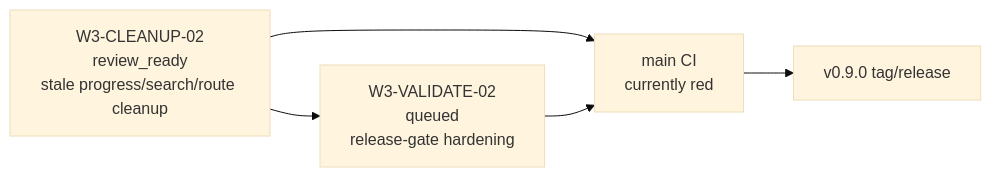
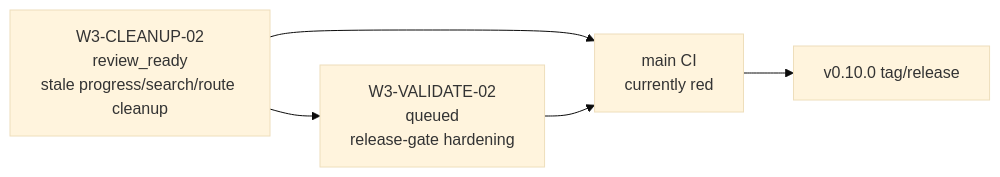
Before and after one commit to mendeleden/jin: the diagram in docs/tmp-diagram/current-program-state.mmd, drawn with Mermaid (base theme). The commit also changed 2 other files, not shown here.

```diff
--- a/docs/tmp-diagram/current-program-state.mmd
+++ b/docs/tmp-diagram/current-program-state.mmd
@@ -1,10 +1,10 @@
 flowchart LR
   Cleanup02["W3-CLEANUP-02<br/>review_ready<br/>stale progress/search/route cleanup"]
   Validate02["W3-VALIDATE-02<br/>queued<br/>release-gate hardening"]
   MainCI["main CI<br/>currently red"]
-  Release["v0.9.0 tag/release"]
+  Release["v0.10.0 tag/release"]
 
   Cleanup02 --> MainCI
   Cleanup02 --> Validate02
   Validate02 --> MainCI
   MainCI --> Release
```
